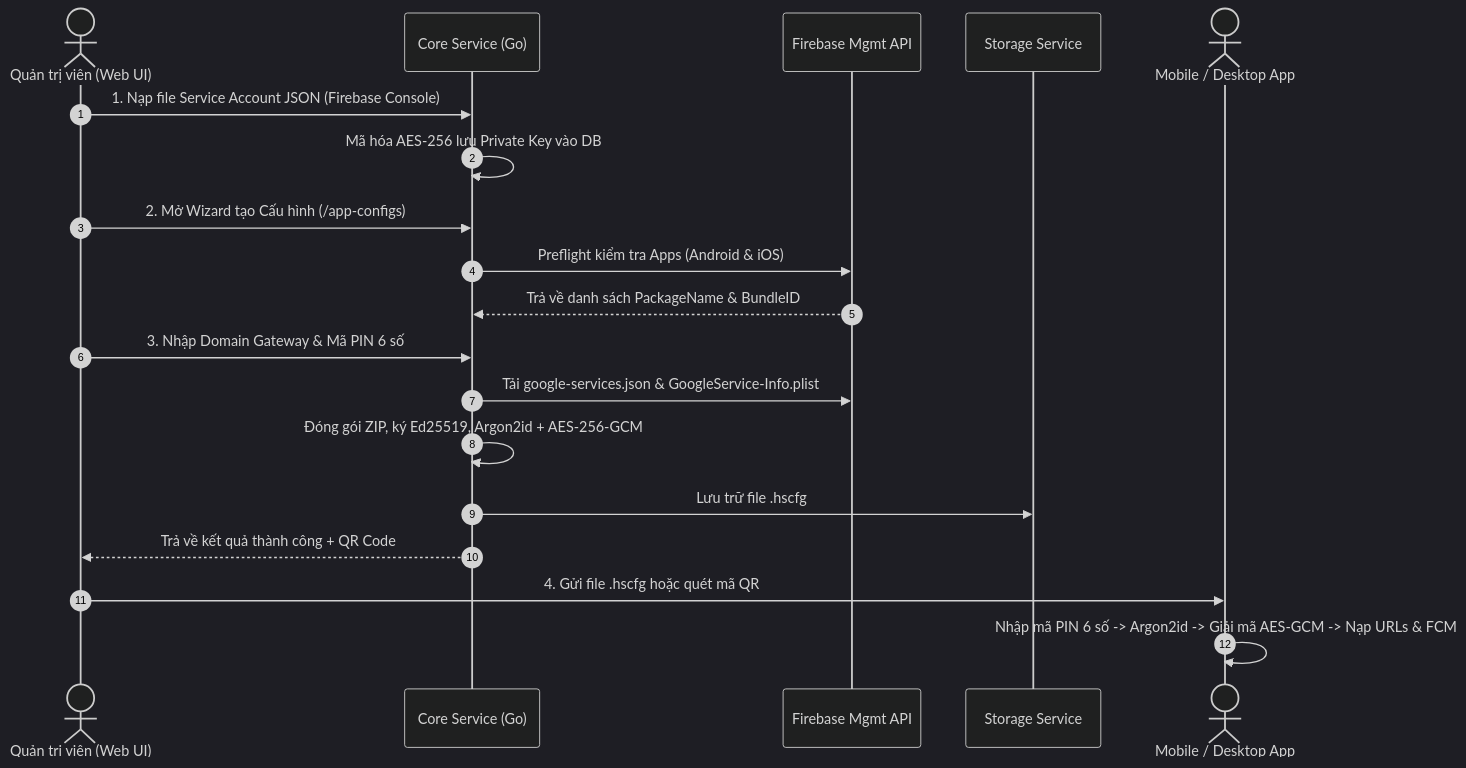
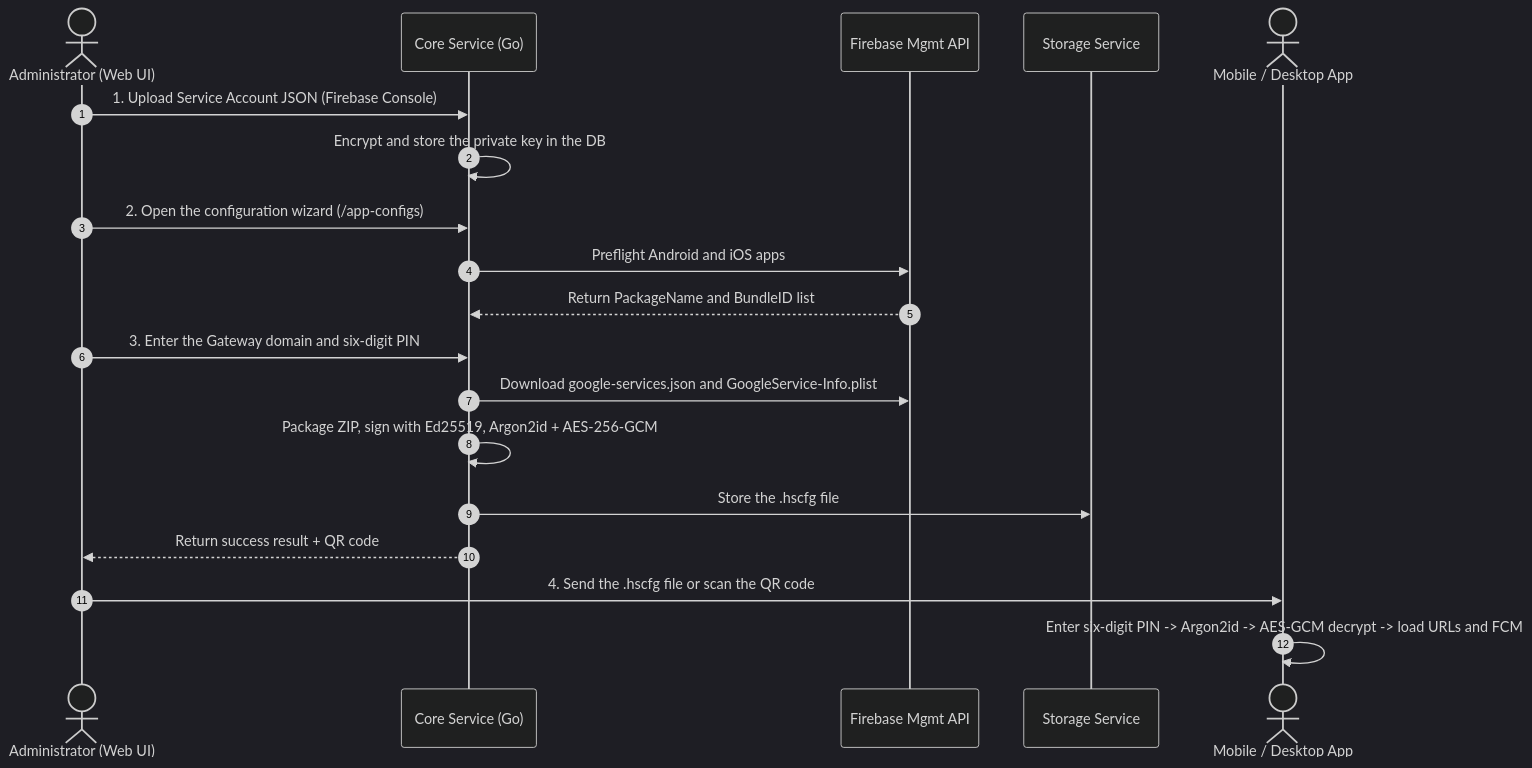
One commit to HubSight/hubsight changed the diagram in docs/APP_CONFIG_SPECIFICATION.md. Above: the diagram before and after it, drawn with Mermaid (dark theme). The commit also changed other lines of this file and 11 other files, not shown here.

````diff
--- a/docs/APP_CONFIG_SPECIFICATION.md
+++ b/docs/APP_CONFIG_SPECIFICATION.md
@@ -126,22 +126,22 @@
 ```mermaid
 sequenceDiagram
     autonumber
-    actor Admin as Quản trị viên (Web UI)
+    actor Admin as Administrator (Web UI)
     participant Core as Core Service (Go)
     participant Google as Firebase Mgmt API
     participant S3 as Storage Service
     actor Client as Mobile / Desktop App
 
-    Admin->>Core: 1. Nạp file Service Account JSON (Firebase Console)
-    Core->>Core: Mã hóa AES-256 lưu Private Key vào DB
-    Admin->>Core: 2. Mở Wizard tạo Cấu hình (/app-configs)
-    Core->>Google: Preflight kiểm tra Apps (Android & iOS)
-    Google-->>Core: Trả về danh sách PackageName & BundleID
-    Admin->>Core: 3. Nhập Domain Gateway & Mã PIN 6 số
-    Core->>Google: Tải google-services.json & GoogleService-Info.plist
-    Core->>Core: Đóng gói ZIP, ký Ed25519, Argon2id + AES-256-GCM
-    Core->>S3: Lưu trữ file .hscfg
-    Core-->>Admin: Trả về kết quả thành công + QR Code
-    Admin->>Client: 4. Gửi file .hscfg hoặc quét mã QR
-    Client->>Client: Nhập mã PIN 6 số -> Argon2id -> Giải mã AES-GCM -> Nạp URLs & FCM
+    Admin->>Core: 1. Upload Service Account JSON (Firebase Console)
+    Core->>Core: Encrypt and store the private key in the DB
+    Admin->>Core: 2. Open the configuration wizard (/app-configs)
+    Core->>Google: Preflight Android and iOS apps
+    Google-->>Core: Return PackageName and BundleID list
+    Admin->>Core: 3. Enter the Gateway domain and six-digit PIN
+    Core->>Google: Download google-services.json and GoogleService-Info.plist
+    Core->>Core: Package ZIP, sign with Ed25519, Argon2id + AES-256-GCM
+    Core->>S3: Store the .hscfg file
+    Core-->>Admin: Return success result + QR code
+    Admin->>Client: 4. Send the .hscfg file or scan the QR code
+    Client->>Client: Enter six-digit PIN -> Argon2id -> AES-GCM decrypt -> load URLs and FCM
 ```
````
